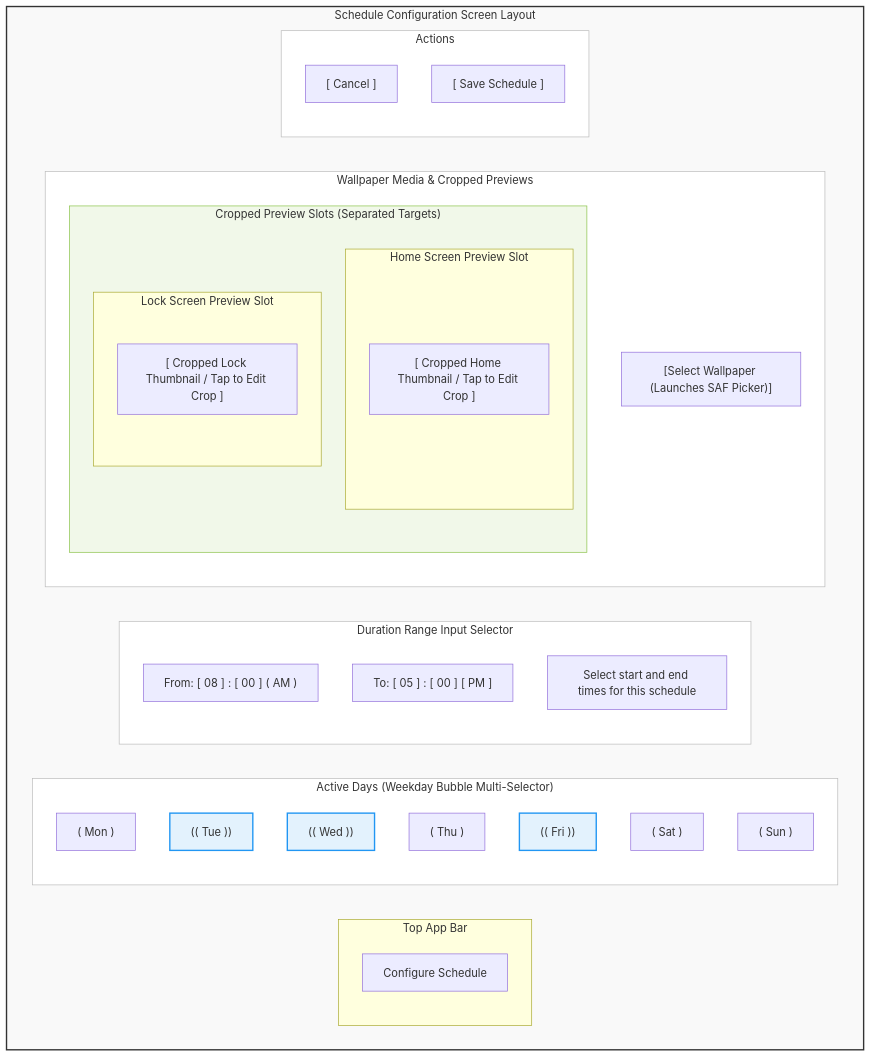
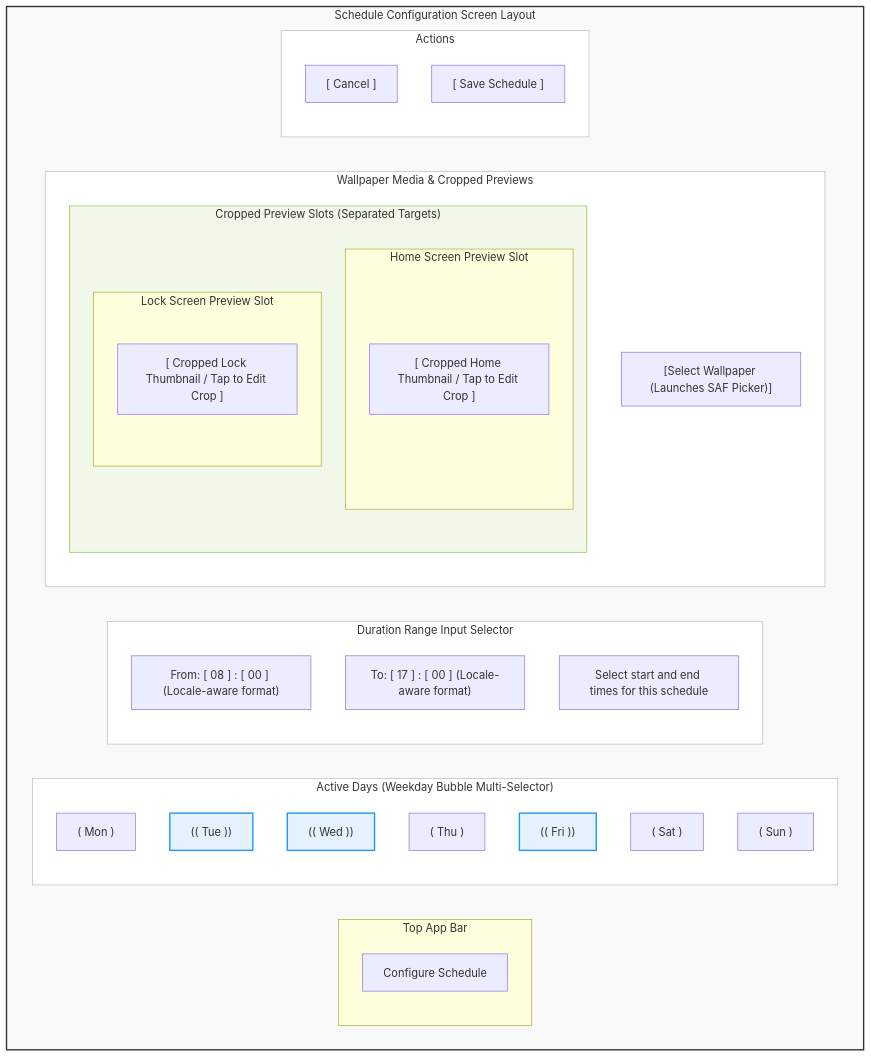
One commit to longnp91/wallpaper-scheduler changed the second of 4 diagrams in design/wireframe-spec.md. Above: the diagram before and after it, drawn with Mermaid. The commit also changed other lines of this file and 4 other files, not shown here.

````diff
--- a/design/wireframe-spec.md
+++ b/design/wireframe-spec.md
@@ -74,52 +74,52 @@
 ```mermaid
 graph TB
     subgraph ConfigScreen ["Schedule Configuration Screen Layout"]
         subgraph TopBarConfig ["Top App Bar"]
             ConfigTitle["Configure Schedule"]
         end
 
         subgraph WeekdaysSection ["Active Days (Weekday Bubble Multi-Selector)"]
             Mon["( Mon )"]
             Tue["(( Tue ))"]
             Wed["(( Wed ))"]
             Thu["( Thu )"]
             Fri["(( Fri ))"]
             Sat["( Sat )"]
             Sun["( Sun )"]
         end
 
         subgraph TimeRangeSection ["Duration Range Input Selector"]
-            FromTime["From: [ 08 ] : [ 00 ] ( AM )"]
-            ToTime["To: [ 05 ] : [ 00 ] [ PM ]"]
+            FromTime["From: [ 08 ] : [ 00 ] (Locale-aware format)"]
+            ToTime["To: [ 17 ] : [ 00 ] (Locale-aware format)"]
             RangeHint["Select start and end times for this schedule"]
         end
 
         subgraph TargetPreviewsSection ["Wallpaper Media & Cropped Previews"]
             SelectWPBtn["[Select Wallpaper (Launches SAF Picker)]"]
 
             subgraph DualPreviews ["Cropped Preview Slots (Separated Targets)"]
                 subgraph HomePreviewSlot ["Home Screen Preview Slot"]
                     HomePreview["[ Cropped Home Thumbnail / Tap to Edit Crop ]"]
                 end
                 subgraph LockPreviewSlot ["Lock Screen Preview Slot"]
                     LockPreview["[ Cropped Lock Thumbnail / Tap to Edit Crop ]"]
                 end
             end
         end
 
         subgraph FormActions ["Actions"]
             CancelBtn["[ Cancel ]"]
             SaveBtn["[ Save Schedule ]"]
         end
     end
 
     style ConfigScreen fill:#f9f9f9,stroke:#333,stroke-width:2px;
     style WeekdaysSection fill:#fff,stroke:#bbb;
     style TimeRangeSection fill:#fff,stroke:#bbb;
     style TargetPreviewsSection fill:#fff,stroke:#bbb;
     style DualPreviews fill:#f1f8e9,stroke:#8bc34a;
     style FormActions fill:#fff,stroke:#bbb;
     style Tue fill:#e3f2fd,stroke:#2196f3,stroke-width:2px;
     style Wed fill:#e3f2fd,stroke:#2196f3,stroke-width:2px;
     style Fri fill:#e3f2fd,stroke:#2196f3,stroke-width:2px;
 ```
````
